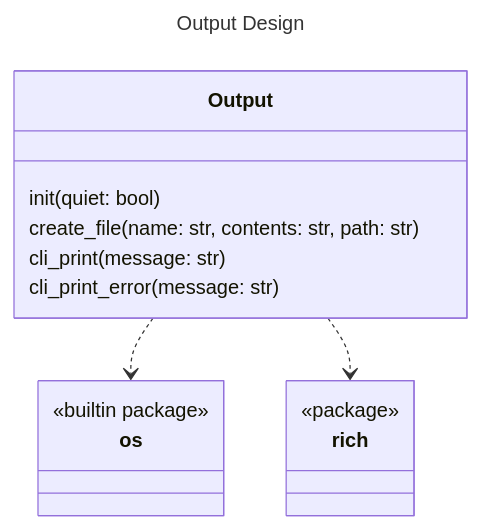
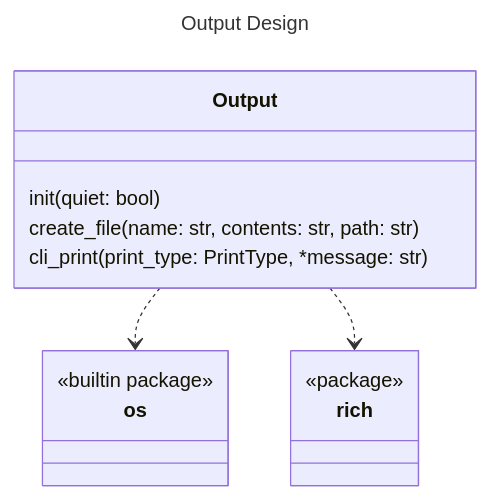
Before and after one commit to Oldranda1414/AutoDev: the diagram in docs/assets/src/output_design.mmd, drawn with Mermaid. The commit also changed 6 other files, not shown here.

```diff
--- a/docs/assets/src/output_design.mmd
+++ b/docs/assets/src/output_design.mmd
@@ -1,21 +1,20 @@
 ---
 title: Output Design
 ---
 classDiagram
     class Output {
         init(quiet: bool)
         create_file(name: str, contents: str, path: str)
-        cli_print(message: str)
-        cli_print_error(message: str)
+        cli_print(print_type: PrintType, *message: str)
     }
 
     class os {
         <<builtin package>>
     }
 
     class rich {
         <<package>>
     }
 
     Output ..> os
     Output ..> rich
```
